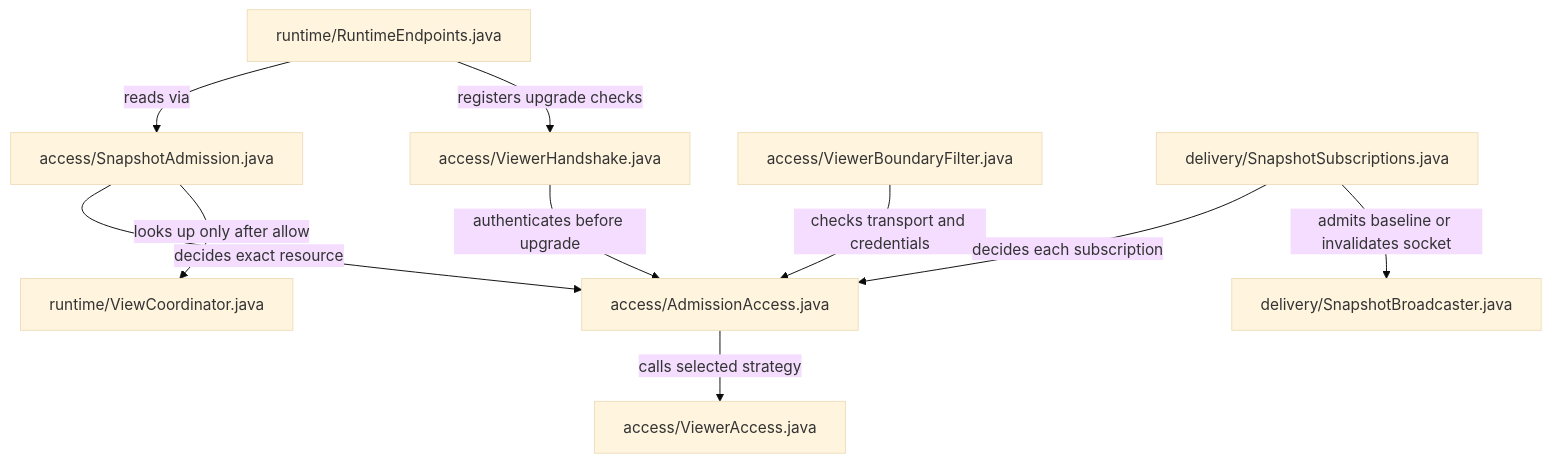
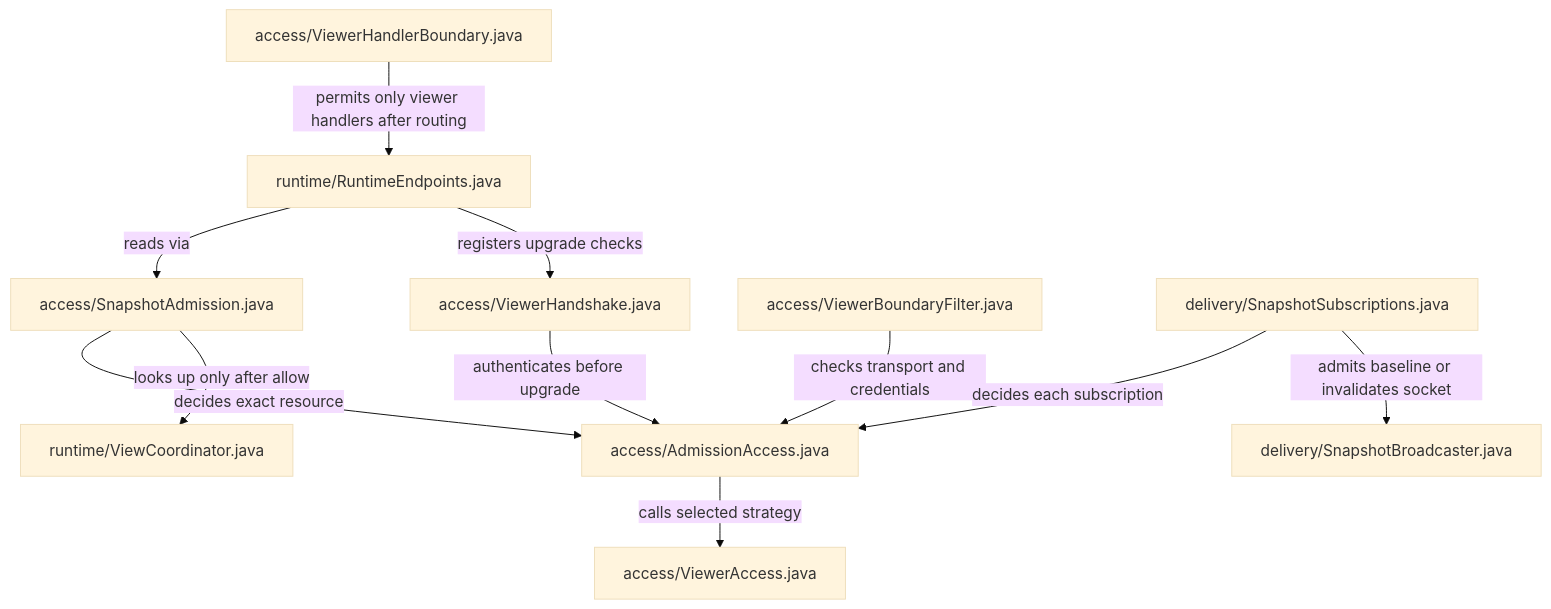
Before and after one commit to sproates/zooglass: the second of 10 diagrams in zooglass/docs/source-map.md, drawn with Mermaid (base theme). The commit also changed 3 other files, not shown here.

Commit message:
Block management handlers relocated beneath viewer routes

````diff
--- a/zooglass/docs/source-map.md
+++ b/zooglass/docs/source-map.md
@@ -44,12 +44,13 @@
 ```mermaid
 flowchart TB
   endpoints["runtime/RuntimeEndpoints.java"] -->|reads via| reads["access/SnapshotAdmission.java"]
   endpoints -->|registers upgrade checks| handshake["access/ViewerHandshake.java"]
   filter["access/ViewerBoundaryFilter.java"] -->|checks transport and credentials| access["access/AdmissionAccess.java"]
+  handlers["access/ViewerHandlerBoundary.java"] -->|permits only viewer handlers after routing| endpoints
   reads -->|decides exact resource| access
   handshake -->|authenticates before upgrade| access
   sockets["delivery/SnapshotSubscriptions.java"] -->|decides each subscription| access
   access -->|calls selected strategy| strategy["access/ViewerAccess.java"]
   reads -->|looks up only after allow| coordinator["runtime/ViewCoordinator.java"]
   sockets -->|admits baseline or invalidates socket| broadcaster["delivery/SnapshotBroadcaster.java"]
 ```
````
